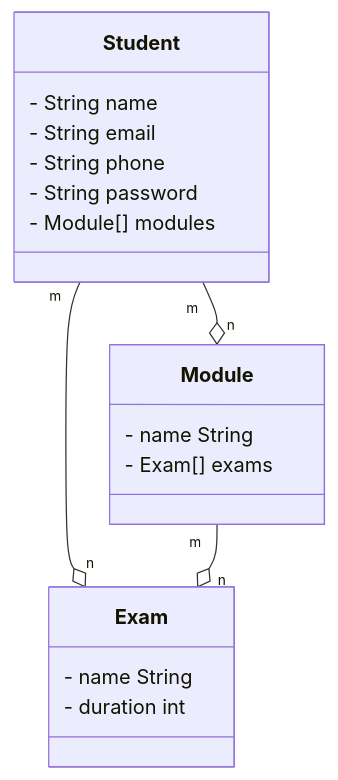
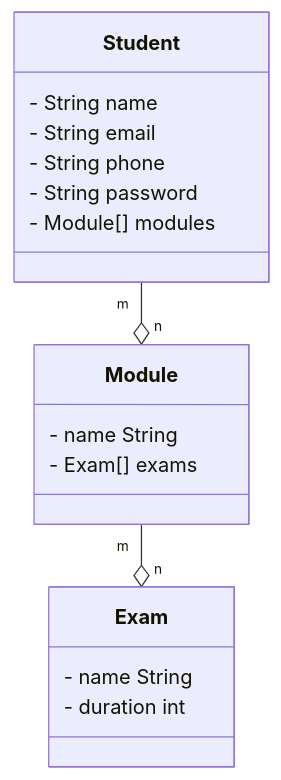
One commit to NIKHILSHADOW/design-problems changed the seventh of 8 diagrams in target/classes/com/example/institute/README.md. Above: the diagram before and after it, drawn with Mermaid. The commit also changed other lines of this file and 1 other file, not shown here.

Commit message:
corrected-schema

````diff
--- a/target/classes/com/example/institute/README.md
+++ b/target/classes/com/example/institute/README.md
@@ -187,27 +187,26 @@
 ```mermaid
     classDiagram
         class Student {
             - String name
             - String email
             - String phone
             - String password
             - Module[] modules
         }
 
         class Module {
             - name String
             - Exam[] exams
         }
 
         class Exam {
             - name String
             - duration int
         }
 
         Student "m" --o "n" Module
-        Student "m" --o "n" Exam
 
         Module "m" --o "n" Exam
 
 
 ```
````
